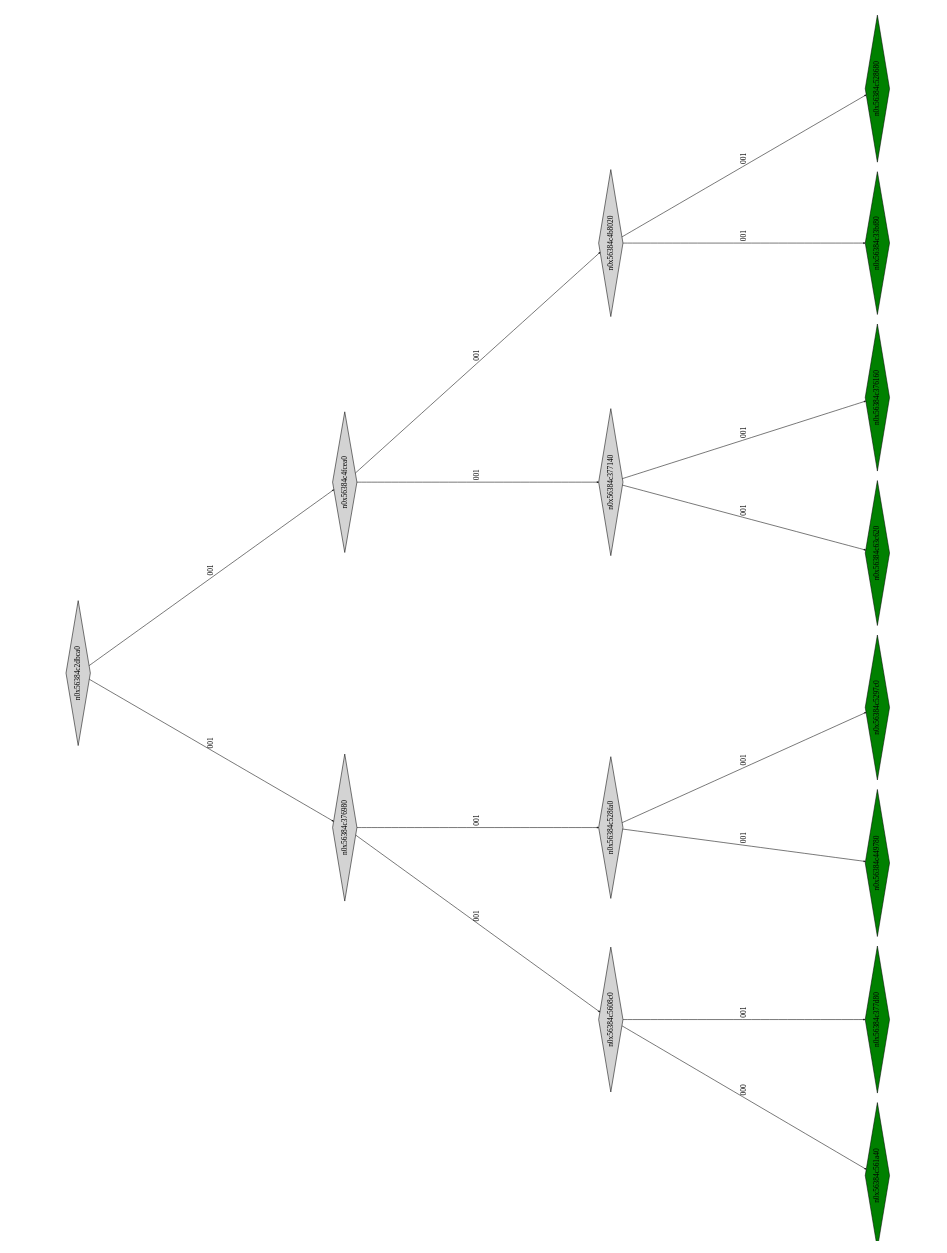
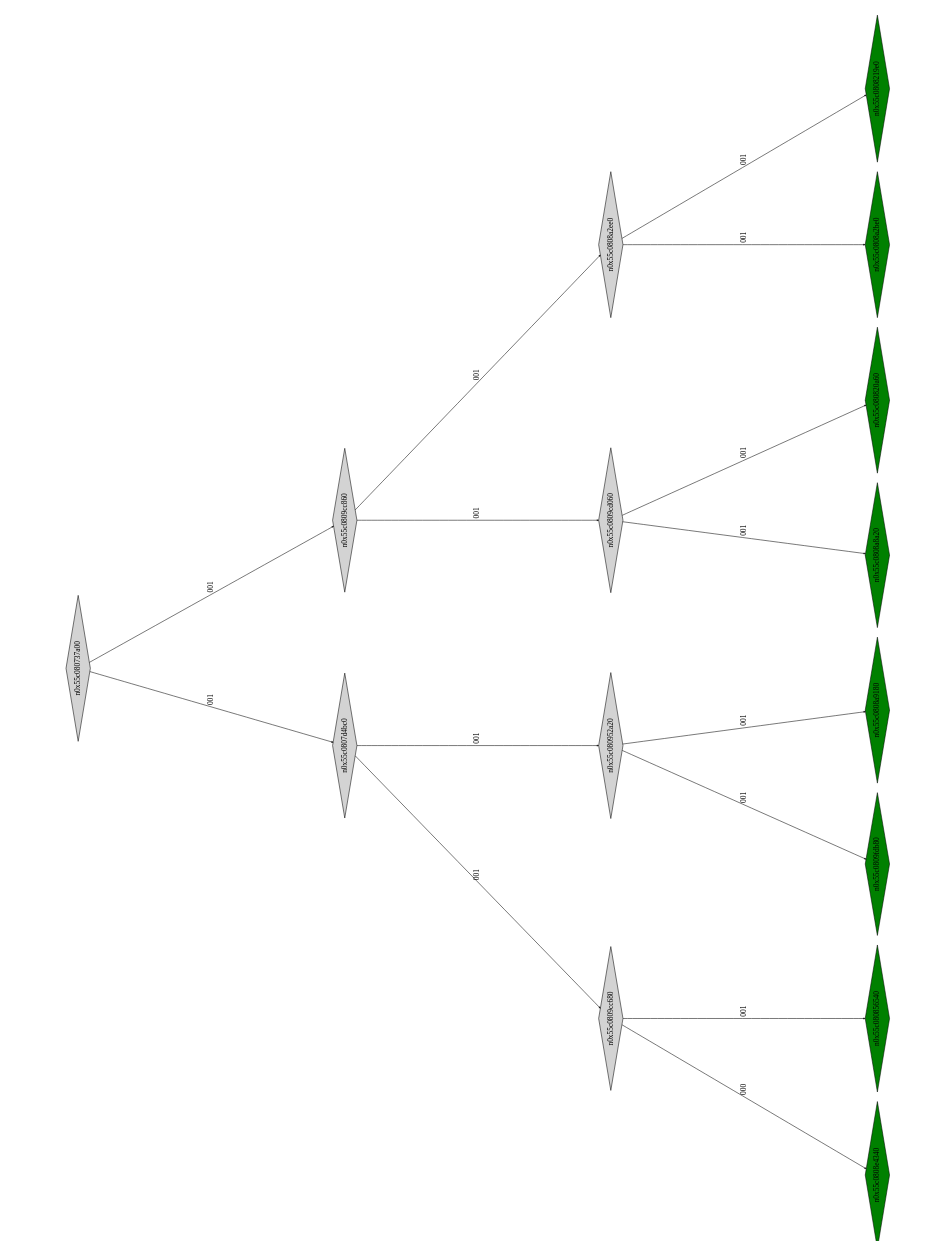
One commit to Research-Tools-PAVT/PSE-Program-Examples changed the diagram in montyhall_klee_out/ptree_00001065.dot. Above: the diagram before and after it, drawn with Graphviz. The commit also changed 86 other files, not shown here.

```diff
--- a/montyhall_klee_out/ptree_00001065.dot
+++ b/montyhall_klee_out/ptree_00001065.dot
@@ -1,37 +1,37 @@
 digraph G {
 	size="10,7.5";
 	ratio=fill;
 	rotate=90;
 	center = "true";
 	node [style="filled",width=.1,height=.1,fontname="Terminus"]
 	edge [arrowsize=.3]
-	n0x56384c2dbca0 [shape=diamond];
-	n0x56384c2dbca0 -> n0x56384c376980 [label=001];
-	n0x56384c2dbca0 -> n0x56384c4fcea0 [label=001];
-	n0x56384c4fcea0 [shape=diamond];
-	n0x56384c4fcea0 -> n0x56384c377140 [label=001];
-	n0x56384c4fcea0 -> n0x56384c4b8020 [label=001];
-	n0x56384c4b8020 [shape=diamond];
-	n0x56384c4b8020 -> n0x56384c33bf80 [label=001];
-	n0x56384c4b8020 -> n0x56384c528680 [label=001];
-	n0x56384c528680 [shape=diamond,fillcolor=green];
-	n0x56384c33bf80 [shape=diamond,fillcolor=green];
-	n0x56384c377140 [shape=diamond];
-	n0x56384c377140 -> n0x56384c63c620 [label=001];
-	n0x56384c377140 -> n0x56384c376160 [label=001];
-	n0x56384c376160 [shape=diamond,fillcolor=green];
-	n0x56384c63c620 [shape=diamond,fillcolor=green];
-	n0x56384c376980 [shape=diamond];
-	n0x56384c376980 -> n0x56384c5608c0 [label=001];
-	n0x56384c376980 -> n0x56384c528fa0 [label=001];
-	n0x56384c528fa0 [shape=diamond];
-	n0x56384c528fa0 -> n0x56384c449780 [label=001];
-	n0x56384c528fa0 -> n0x56384c5297c0 [label=001];
-	n0x56384c5297c0 [shape=diamond,fillcolor=green];
-	n0x56384c449780 [shape=diamond,fillcolor=green];
-	n0x56384c5608c0 [shape=diamond];
-	n0x56384c5608c0 -> n0x56384c561a40 [label=000];
-	n0x56384c5608c0 -> n0x56384c377d80 [label=001];
-	n0x56384c377d80 [shape=diamond,fillcolor=green];
-	n0x56384c561a40 [shape=diamond,fillcolor=green];
+	n0x55c080737a00 [shape=diamond];
+	n0x55c080737a00 -> n0x55c0807d4bc0 [label=001];
+	n0x55c080737a00 -> n0x55c0809cc860 [label=001];
+	n0x55c0809cc860 [shape=diamond];
+	n0x55c0809cc860 -> n0x55c0809cd060 [label=001];
+	n0x55c0809cc860 -> n0x55c0808a2ee0 [label=001];
+	n0x55c0808a2ee0 [shape=diamond];
+	n0x55c0808a2ee0 -> n0x55c0808a2be0 [label=001];
+	n0x55c0808a2ee0 -> n0x55c0808219e0 [label=001];
+	n0x55c0808219e0 [shape=diamond,fillcolor=green];
+	n0x55c0808a2be0 [shape=diamond,fillcolor=green];
+	n0x55c0809cd060 [shape=diamond];
+	n0x55c0809cd060 -> n0x55c0808a8a20 [label=001];
+	n0x55c0809cd060 -> n0x55c080820a60 [label=001];
+	n0x55c080820a60 [shape=diamond,fillcolor=green];
+	n0x55c0808a8a20 [shape=diamond,fillcolor=green];
+	n0x55c0807d4bc0 [shape=diamond];
+	n0x55c0807d4bc0 -> n0x55c0809cc680 [label=001];
+	n0x55c0807d4bc0 -> n0x55c080952a20 [label=001];
+	n0x55c080952a20 [shape=diamond];
+	n0x55c080952a20 -> n0x55c0809fdb80 [label=001];
+	n0x55c080952a20 -> n0x55c0808a9180 [label=001];
+	n0x55c0808a9180 [shape=diamond,fillcolor=green];
+	n0x55c0809fdb80 [shape=diamond,fillcolor=green];
+	n0x55c0809cc680 [shape=diamond];
+	n0x55c0809cc680 -> n0x55c0808e4340 [label=000];
+	n0x55c0809cc680 -> n0x55c080856540 [label=001];
+	n0x55c080856540 [shape=diamond,fillcolor=green];
+	n0x55c0808e4340 [shape=diamond,fillcolor=green];
 }
```
